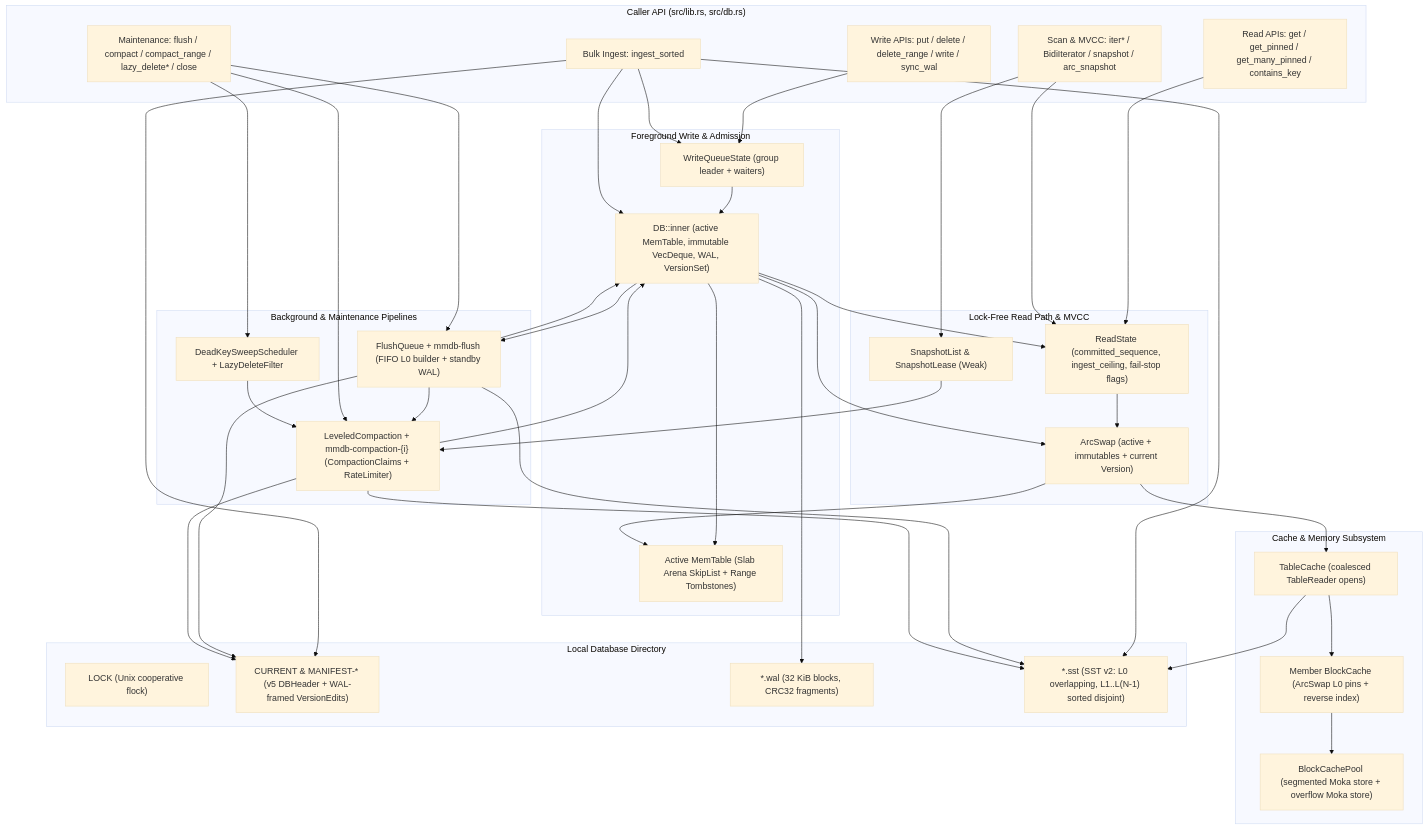
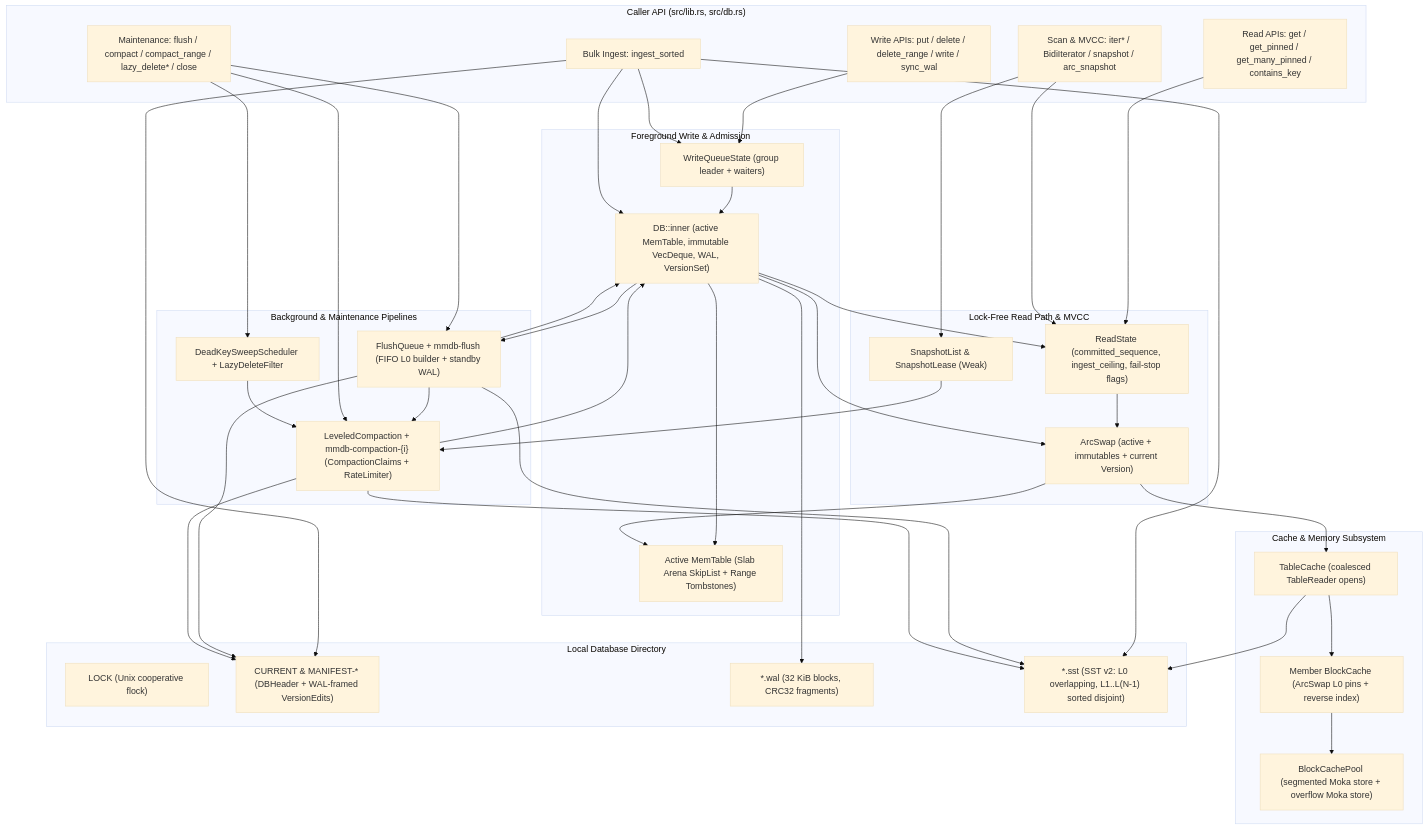
Before and after one commit to rust-util-collections/mmdb: the first of 9 diagrams in docs/architecture.md, drawn with Mermaid (base theme). The commit also changed other lines of this file and 10 other files, not shown here.

````diff
--- a/docs/architecture.md
+++ b/docs/architecture.md
@@ -22,79 +22,79 @@
 ```mermaid
 flowchart TD
     subgraph Callers["Caller API (src/lib.rs, src/db.rs)"]
         WAPI["Write APIs: put / delete / delete_range / write / sync_wal"]
         IAPI["Bulk Ingest: ingest_sorted"]
         RAPI["Read APIs: get / get_pinned / get_many_pinned / contains_key"]
         SAPI["Scan & MVCC: iter* / BidiIterator / snapshot / arc_snapshot"]
         MAPI["Maintenance: flush / compact / compact_range / lazy_delete* / close"]
     end
 
     subgraph WriteCoord["Foreground Write & Admission"]
         WQ["WriteQueueState (group leader + waiters)"]
         INNER["DB::inner (active MemTable, immutable VecDeque, WAL, VersionSet)"]
         ACTIVE["Active MemTable (Slab Arena SkipList + Range Tombstones)"]
     end
 
     subgraph ReadCoord["Lock-Free Read Path & MVCC"]
         RS["ReadState (committed_sequence, ingest_ceiling, fail-stop flags)"]
         SV["ArcSwap<SuperVersion> (active + immutables + current Version)"]
         SNAP["SnapshotList & SnapshotLease (Weak<ReadState>)"]
     end
 
     subgraph BgWorkers["Background & Maintenance Pipelines"]
         FQ["FlushQueue + mmdb-flush (FIFO L0 builder + standby WAL)"]
         COMP["LeveledCompaction + mmdb-compaction-{i} (CompactionClaims + RateLimiter)"]
         SWEEP["DeadKeySweepScheduler + LazyDeleteFilter"]
     end
 
     subgraph CacheMem["Cache & Memory Subsystem"]
         TC["TableCache (coalesced TableReader opens)"]
         BCP["BlockCachePool (segmented Moka store + overflow Moka store)"]
         PINS["Member BlockCache (ArcSwap<PinnedBlocks> L0 pins + reverse index)"]
     end
 
     subgraph Storage["Local Database Directory"]
         LOCKF["LOCK (Unix cooperative flock)"]
-        MANF["CURRENT & MANIFEST-* (v5 DBHeader + WAL-framed VersionEdits)"]
+        MANF["CURRENT & MANIFEST-* (DBHeader + WAL-framed VersionEdits)"]
         WALF["*.wal (32 KiB blocks, CRC32 fragments)"]
         SSTF["*.sst (SST v2: L0 overlapping, L1..L(N-1) sorted disjoint)"]
     end
 
     WAPI --> WQ
     WQ --> INNER
     INNER --> ACTIVE
     INNER --> WALF
     INNER --> FQ
 
     IAPI --> WQ
     IAPI --> INNER
     IAPI --> SSTF
     IAPI --> MANF
 
     FQ --> SSTF
     FQ --> MANF
     FQ --> INNER
     FQ --> COMP
 
     MAPI --> FQ
     MAPI --> COMP
     MAPI --> SWEEP
     SWEEP --> COMP
     COMP --> SSTF
     COMP --> MANF
     COMP --> INNER
 
     INNER --> SV
     INNER --> RS
 
     RAPI --> RS
     SAPI --> RS
     SAPI --> SNAP
     SNAP --> COMP
     RS --> SV
     SV --> ACTIVE
     SV --> TC
     TC --> SSTF
     TC --> PINS
     PINS --> BCP
 ```
````
